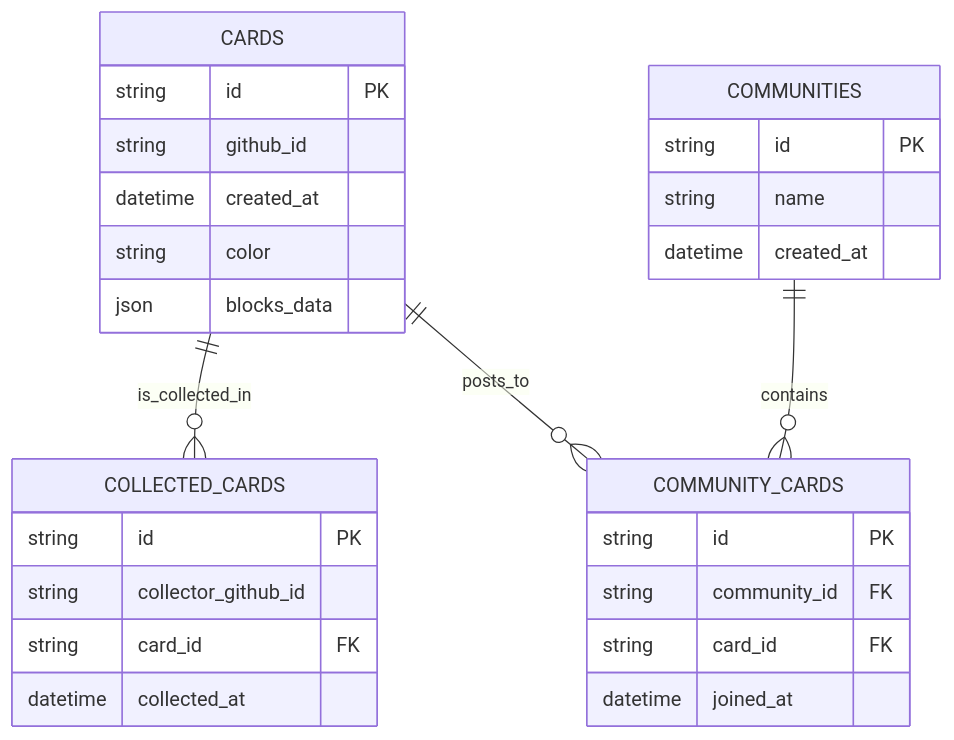
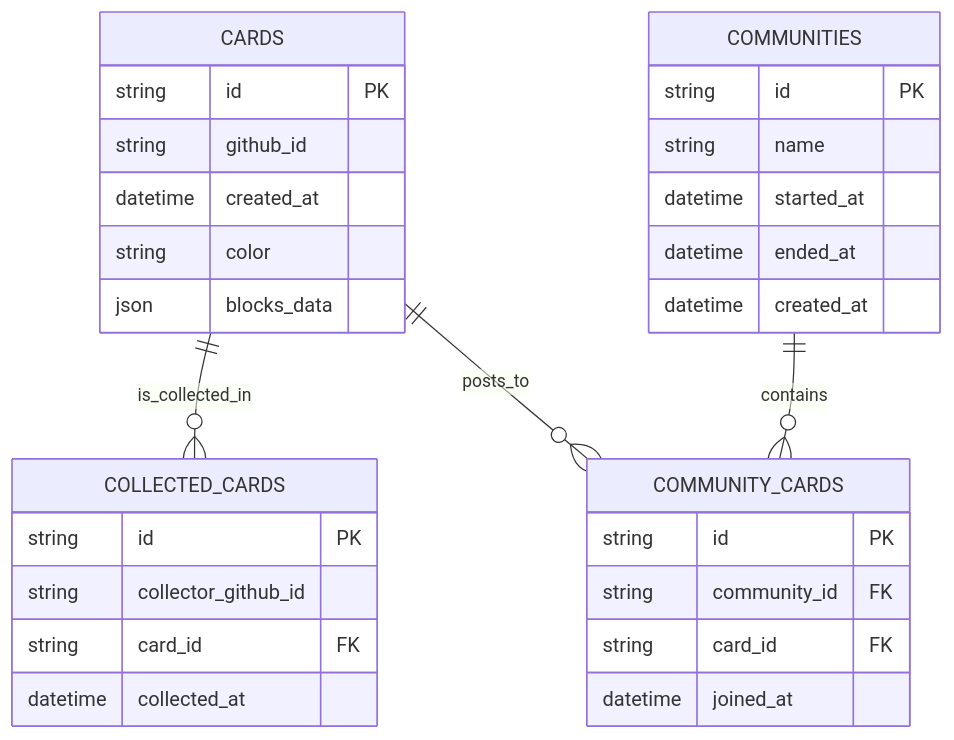
The diagram in docs/er.md (furarico/octo-deck-api), drawn with Mermaid before and after one commit. The commit also changed 6 other files, not shown here.

````diff
--- a/docs/er.md
+++ b/docs/er.md
@@ -3,34 +3,36 @@
 ```mermaid
 erDiagram
     CARDS {
         string id PK
         string github_id
         datetime created_at
         string color
         json blocks_data
     }
 
     COLLECTED_CARDS {
         string id PK
         string collector_github_id
         string card_id FK
         datetime collected_at
     }
 
     COMMUNITIES {
         string id PK
         string name
+        datetime started_at
+        datetime ended_at
         datetime created_at
     }
 
     COMMUNITY_CARDS {
         string id PK
         string community_id FK
         string card_id FK
         datetime joined_at
     }
 
     CARDS ||--o{ COLLECTED_CARDS : is_collected_in
     CARDS ||--o{ COMMUNITY_CARDS : posts_to
     COMMUNITIES ||--o{ COMMUNITY_CARDS : contains
 ```
````
